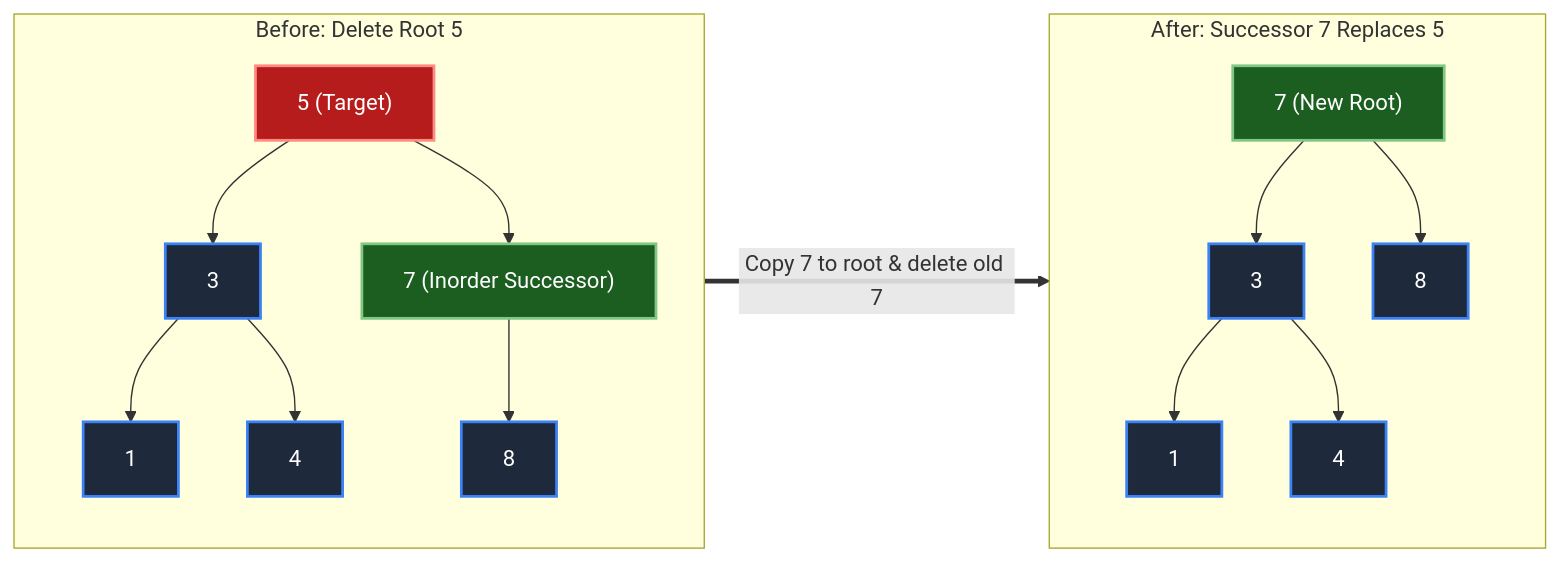
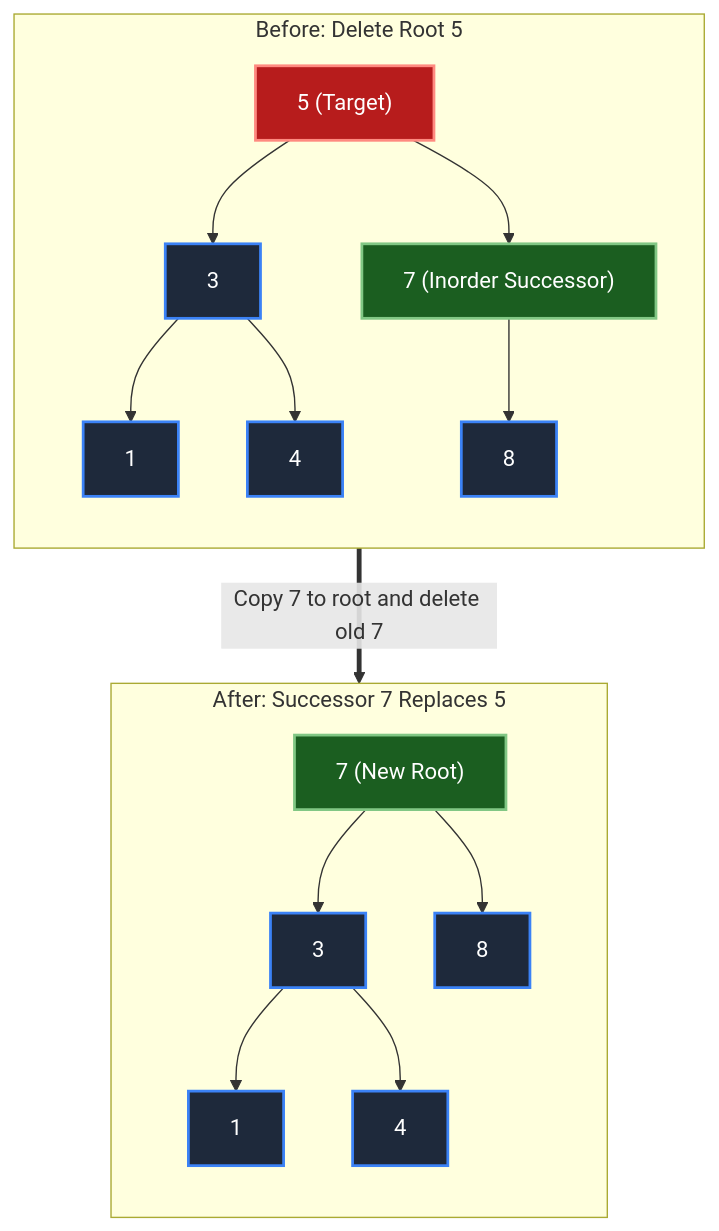
One commit to dip4k/DSA_102 changed diagram 11 of 20 in week_07_trees_and_balanced_search_trees/WEEK_07_FULL_PLAYBOOK.md. Above: the diagram before and after it, drawn with Mermaid. The commit also changed other lines of this file and 191 other files, not shown here.

````diff
--- a/week_07_trees_and_balanced_search_trees/WEEK_07_FULL_PLAYBOOK.md
+++ b/week_07_trees_and_balanced_search_trees/WEEK_07_FULL_PLAYBOOK.md
@@ -666,23 +666,23 @@
 ```mermaid
-flowchart LR
+flowchart TD
     subgraph C3Before["Before: Delete Root 5"]
         direction TB
         B5_3["5 (Target)"]:::deletedNode --> B3_3["3"]
         B5_3 --> B7_3["7 (Inorder Successor)"]:::promotedNode
         B3_3 --> B1_3["1"]
         B3_3 --> B4_3["4"]
         B7_3 --> B8_3["8"]
     end
     subgraph C3After["After: Successor 7 Replaces 5"]
         direction TB
         A7_3["7 (New Root)"]:::promotedNode --> A3_3["3"]
         A7_3 --> A8_3["8"]
         A3_3 --> A1_3["1"]
         A3_3 --> A4_3["4"]
     end
-    C3Before ==>|"Copy 7 to root & delete old 7"| C3After
+    C3Before ==>|"Copy 7 to root and delete old 7"| C3After
 
     classDef deletedNode fill:#b71c1c,stroke:#ff8a80,stroke-width:2px,color:#ffffff
     classDef promotedNode fill:#1b5e20,stroke:#81c784,stroke-width:2px,color:#ffffff
     classDef default fill:#1e293b,stroke:#3b82f6,stroke-width:2px,color:#ffffff
 ```
````
